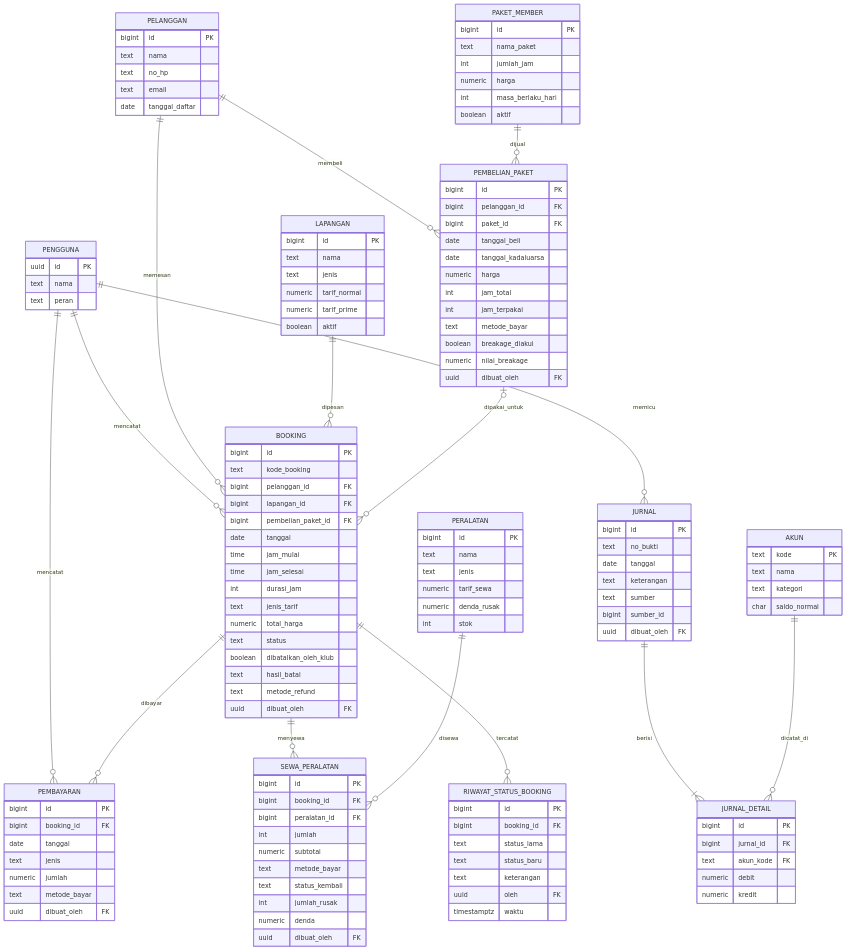
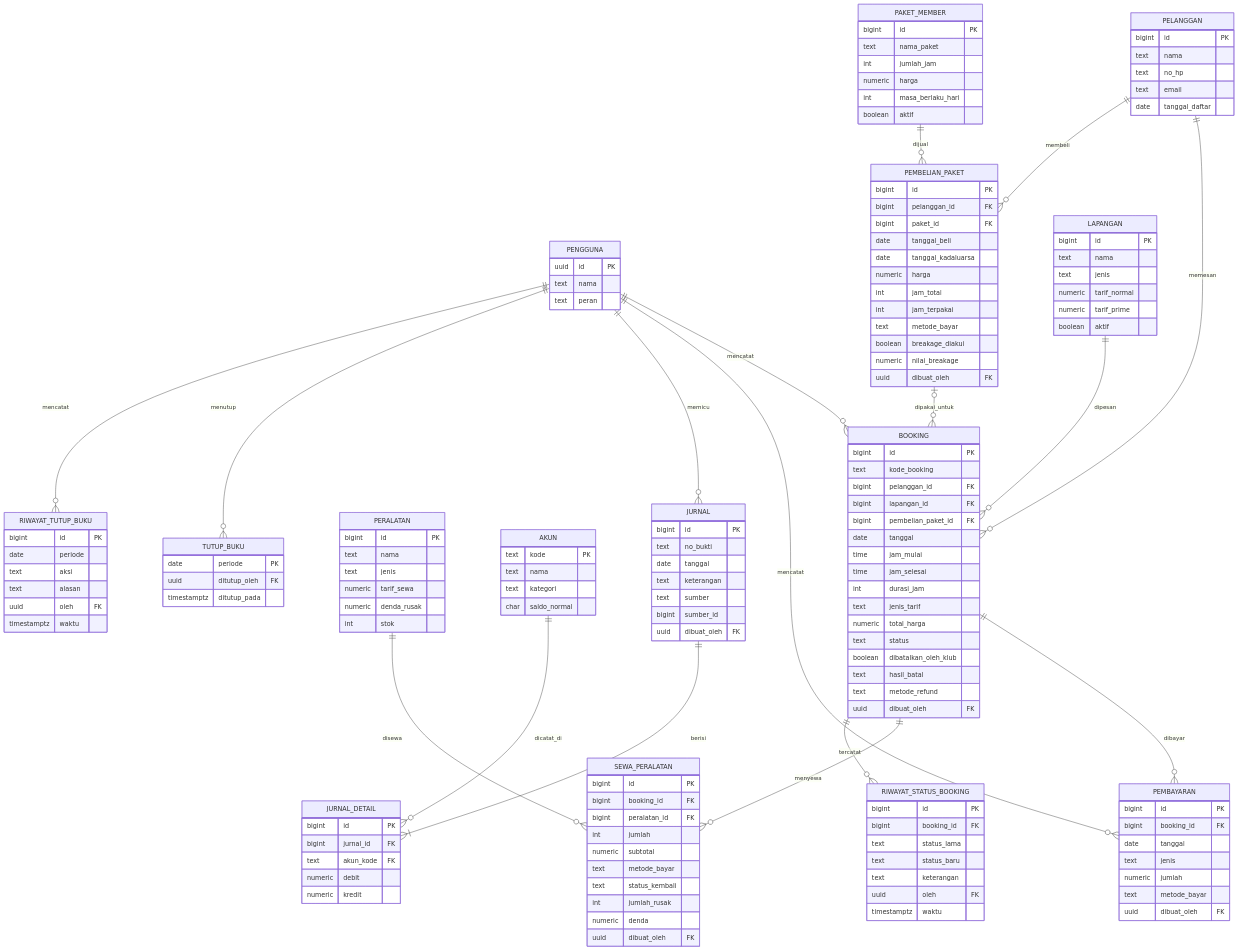
One commit to zayyanberyl-coding/sistem-akuntansi-padel changed the diagram in README.md. Above: the diagram before and after it, drawn with Mermaid. The commit also changed other lines of this file and 7 other files, not shown here.

First line of the commit message:
Tambah tutup buku per bulan (kunci periode)

```diff
--- a/README.md
+++ b/README.md
@@ -116,6 +120,8 @@
     PERALATAN ||--o{ SEWA_PERALATAN : disewa
     JURNAL ||--|{ JURNAL_DETAIL : berisi
     AKUN ||--o{ JURNAL_DETAIL : dicatat_di
+    PENGGUNA ||--o{ TUTUP_BUKU : menutup
+    PENGGUNA ||--o{ RIWAYAT_TUTUP_BUKU : mencatat
 
     PENGGUNA {
         uuid id PK
@@ -215,6 +221,19 @@
         uuid oleh FK
         timestamptz waktu
     }
+    TUTUP_BUKU {
+        date periode PK
+        uuid ditutup_oleh FK
+        timestamptz ditutup_pada
+    }
+    RIWAYAT_TUTUP_BUKU {
+        bigint id PK
+        date periode
+        text aksi
+        text alasan
+        uuid oleh FK
+        timestamptz waktu
+    }
     AKUN {
         text kode PK
         text nama
```
